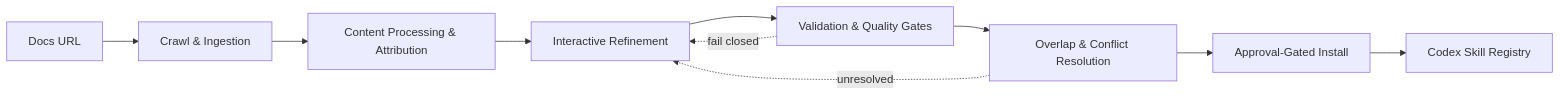
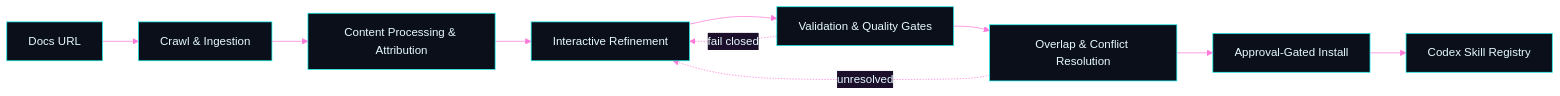
The first of 2 diagrams in README.md (Nickbohm555/skill-cli), drawn with Mermaid before and after one commit. The commit also changed other lines of this file, not shown here.

````diff
--- a/README.md
+++ b/README.md
@@ -34,13 +42,14 @@
 ```mermaid
+%%{init: {"theme": "base", "themeVariables": {"primaryColor": "#0b0f1a", "primaryTextColor": "#e6fbff", "primaryBorderColor": "#15f4ee", "lineColor": "#ff7ad9", "secondaryColor": "#1b0f2b", "tertiaryColor": "#0a1a2f"}}}%%
 flowchart LR
     A[Docs URL] --> B[Crawl & Ingestion]
     B --> C[Content Processing & Attribution]
     C --> D[Interactive Refinement]
     D --> E[Validation & Quality Gates]
     E --> F[Overlap & Conflict Resolution]
     F --> G[Approval-Gated Install]
     G --> H[Codex Skill Registry]
 
     E -. fail closed .-> D
     F -. unresolved .-> D
 ```
````
